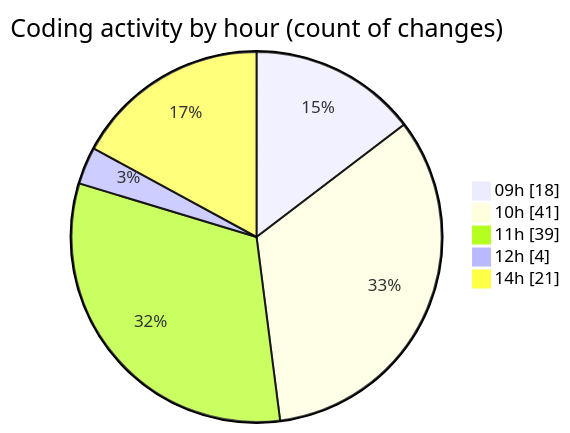
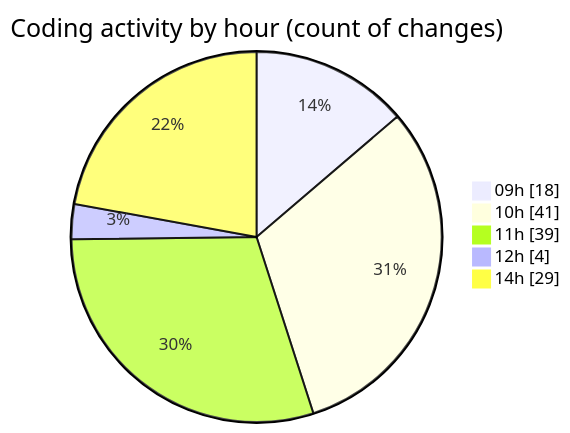
The second of 2 diagrams in 2025-02-11/cda/README.md (momahboobian/code-tracking), drawn with Mermaid before and after one commit. The commit also changed other lines of this file and 1 other file, not shown here.

````diff
--- a/2025-02-11/cda/README.md
+++ b/2025-02-11/cda/README.md
@@ -32,9 +32,9 @@
 ```mermaid
 pie showData
 title Coding activity by hour (count of changes)
 "09h" : 18
 "10h" : 41
 "11h" : 39
 "12h" : 4
-"14h" : 21
+"14h" : 29
 ```
````
